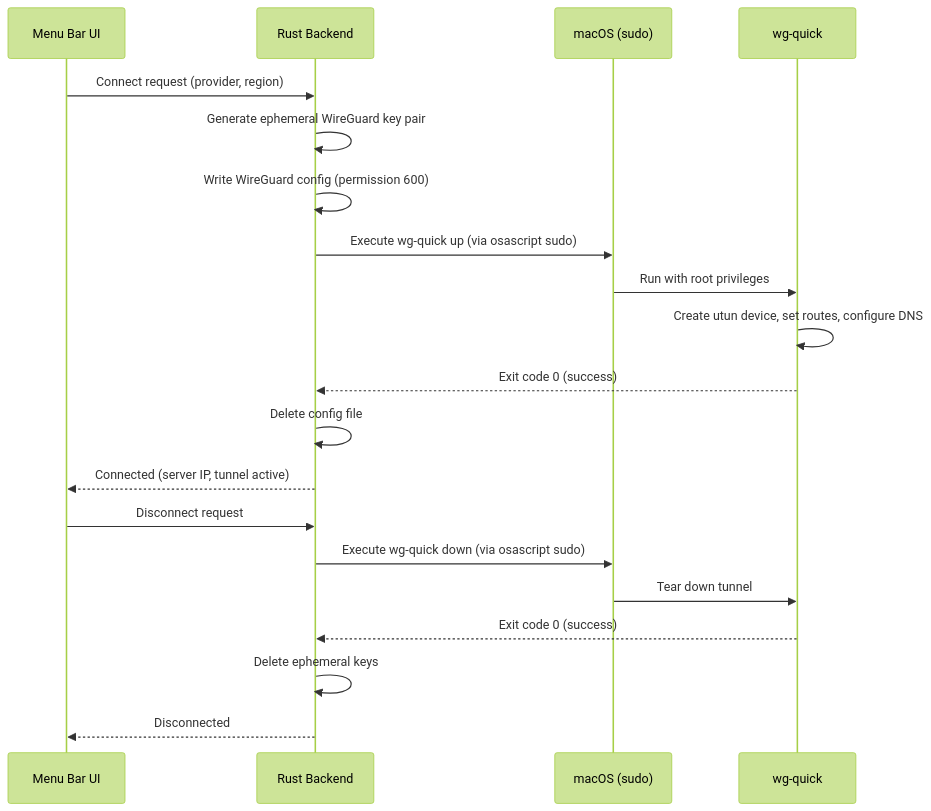
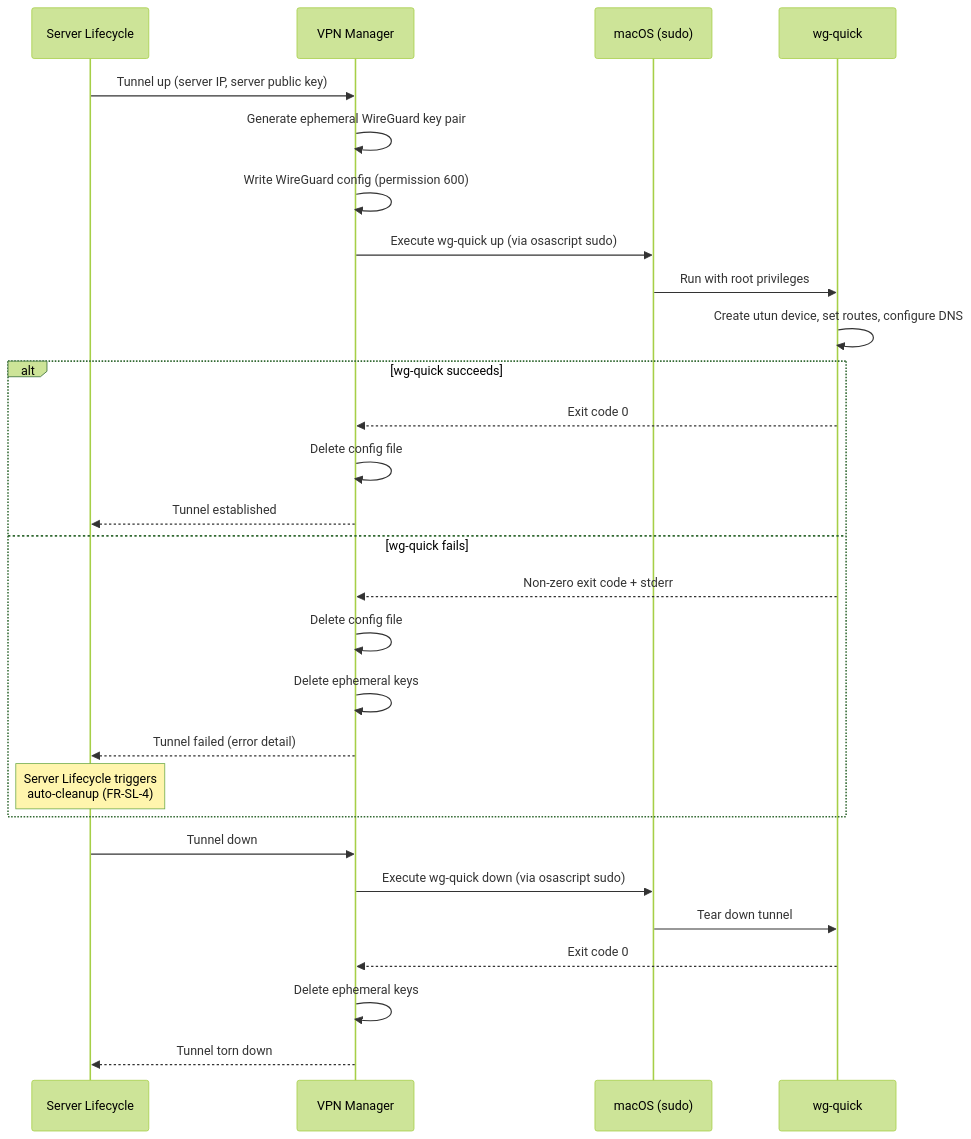
The diagram in docs/adr/0001-use-wireguard-go-with-wg-quick.md (saemanas/oh-my-vpn), drawn with Mermaid (forest theme) before and after one commit. The commit also changed other lines of this file and 12 other files, not shown here.

````diff
--- a/docs/adr/0001-use-wireguard-go-with-wg-quick.md
+++ b/docs/adr/0001-use-wireguard-go-with-wg-quick.md
@@ -47,24 +49,33 @@
 ```mermaid
 sequenceDiagram
-    participant UI as Menu Bar UI
-    participant BE as Rust Backend
+    participant SL as Server Lifecycle
+    participant VM as VPN Manager
     participant OS as macOS (sudo)
     participant WG as wg-quick
 
-    UI->>BE: Connect request (provider, region)
-    BE->>BE: Generate ephemeral WireGuard key pair
-    BE->>BE: Write WireGuard config (permission 600)
-    BE->>OS: Execute wg-quick up (via osascript sudo)
+    SL->>VM: Tunnel up (server IP, server public key)
+    VM->>VM: Generate ephemeral WireGuard key pair
+    VM->>VM: Write WireGuard config (permission 600)
+    VM->>OS: Execute wg-quick up (via osascript sudo)
     OS->>WG: Run with root privileges
     WG->>WG: Create utun device, set routes, configure DNS
-    WG-->>BE: Exit code 0 (success)
-    BE->>BE: Delete config file
-    BE-->>UI: Connected (server IP, tunnel active)
 
-    UI->>BE: Disconnect request
-    BE->>OS: Execute wg-quick down (via osascript sudo)
+    alt wg-quick succeeds
+        WG-->>VM: Exit code 0
+        VM->>VM: Delete config file
+        VM-->>SL: Tunnel established
+    else wg-quick fails
+        WG-->>VM: Non-zero exit code + stderr
+        VM->>VM: Delete config file
+        VM->>VM: Delete ephemeral keys
+        VM-->>SL: Tunnel failed (error detail)
+        Note over SL: Server Lifecycle triggers<br/>auto-cleanup (FR-SL-4)
+    end
+
+    SL->>VM: Tunnel down
+    VM->>OS: Execute wg-quick down (via osascript sudo)
     OS->>WG: Tear down tunnel
-    WG-->>BE: Exit code 0 (success)
-    BE->>BE: Delete ephemeral keys
-    BE-->>UI: Disconnected
+    WG-->>VM: Exit code 0
+    VM->>VM: Delete ephemeral keys
+    VM-->>SL: Tunnel torn down
 ```
````
